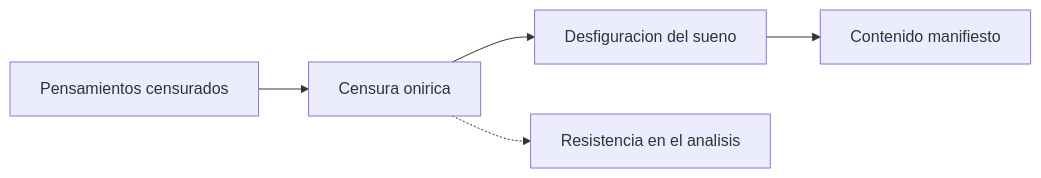
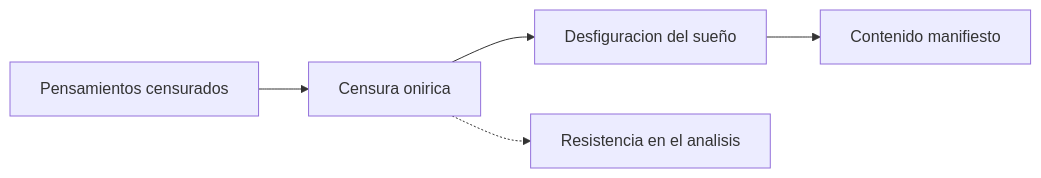
One commit to javifernandes/psicoanalisis-freud-laznik changed diagram 26 of 28 in libro/bookops/04-apendice-investigacion-parcial/02-material-crudo-guias-y-notas.md. Above: the diagram before and after it, drawn with Mermaid. The commit also changed other lines of this file and 30 other files, not shown here.

````diff
--- a/libro/bookops/04-apendice-investigacion-parcial/02-material-crudo-guias-y-notas.md
+++ b/libro/bookops/04-apendice-investigacion-parcial/02-material-crudo-guias-y-notas.md
@@ -1434,7 +1434,7 @@
 ```mermaid
 flowchart LR
   A["Pensamientos censurados"] --> B["Censura onirica"]
-  B --> C["Desfiguracion del sueno"]
+  B --> C["Desfiguracion del sueño"]
   C --> D["Contenido manifiesto"]
   B -.-> E["Resistencia en el analisis"]
 ```
````
